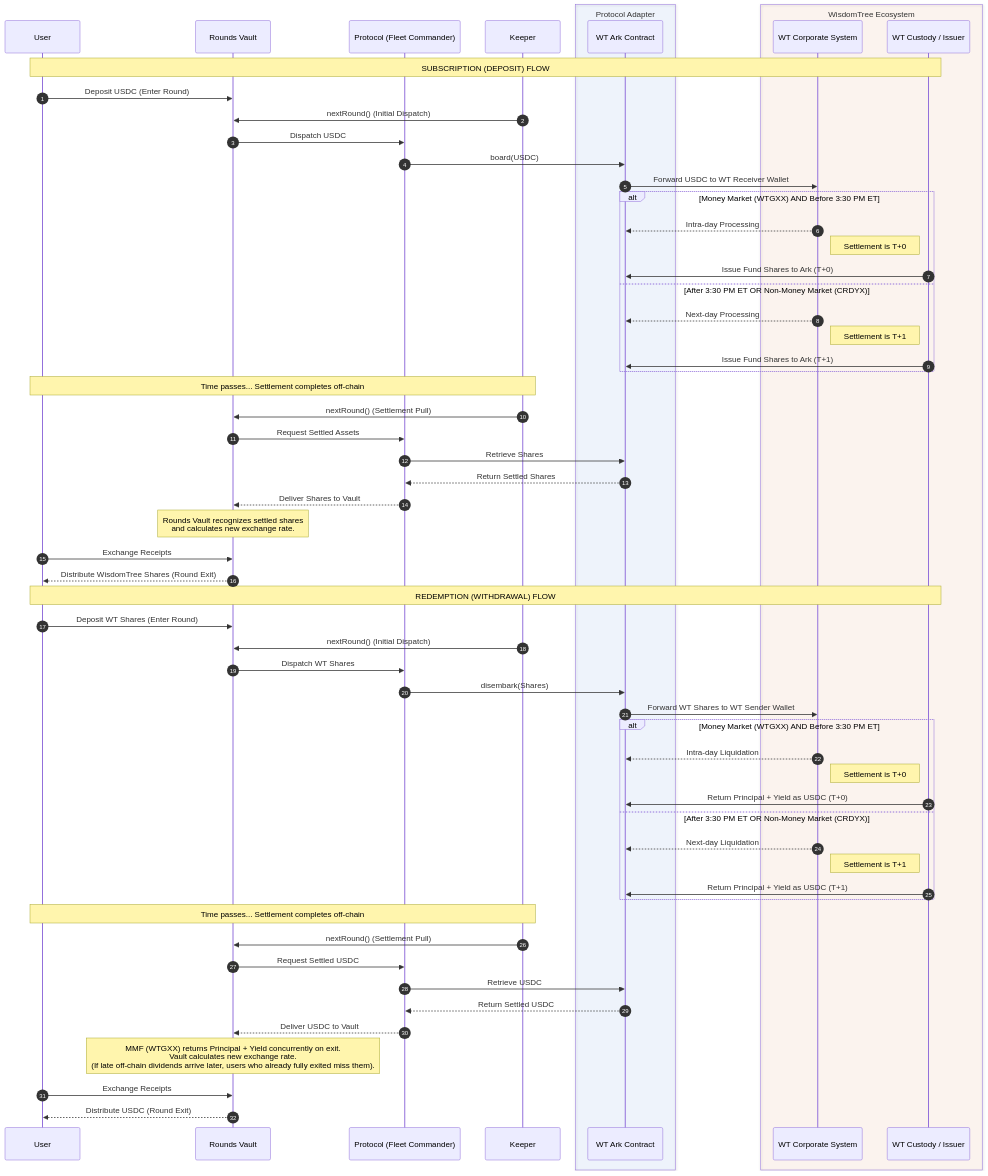
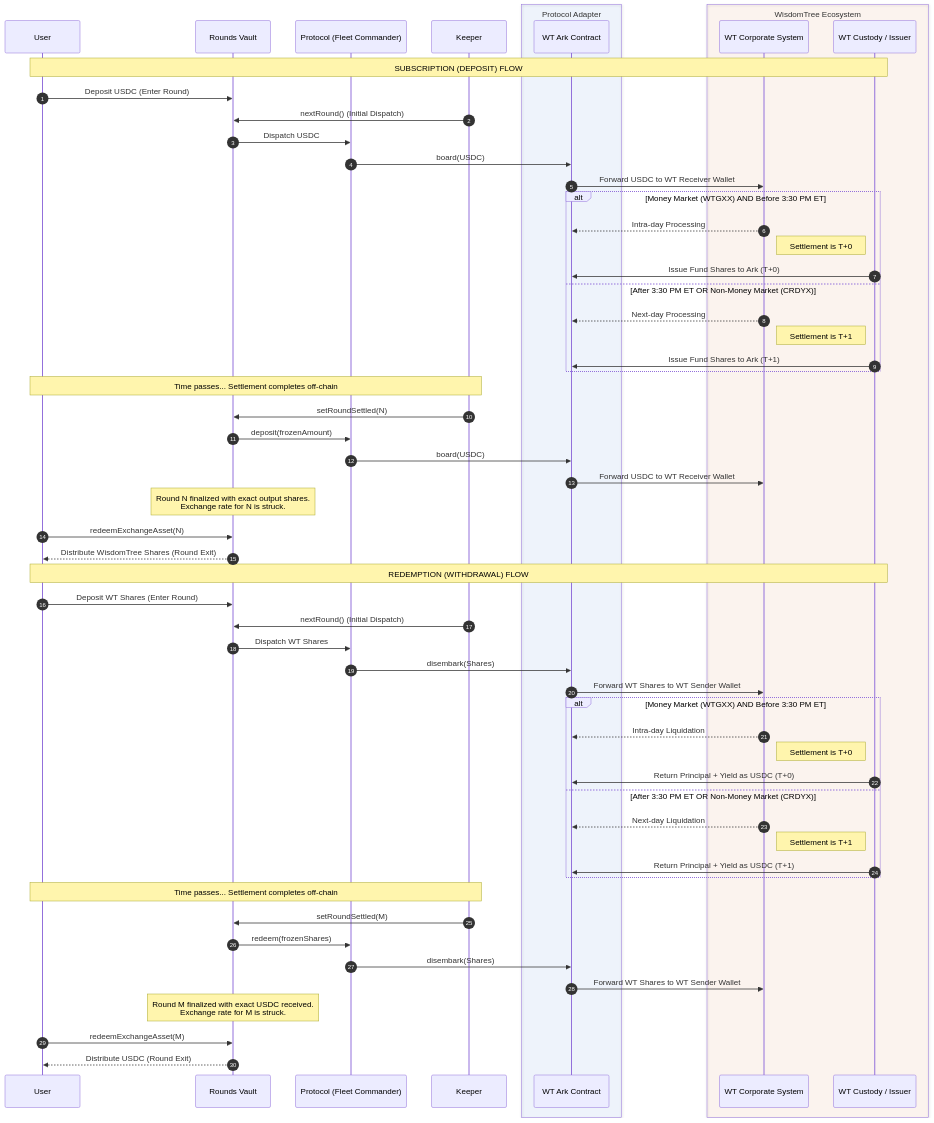
Before and after one commit to OasisDEX/summer-earn-protocol: the second of 3 diagrams in packages/core-contracts/src/contracts/rounds-vault/docs/ROUNDS.md, drawn with Mermaid. The commit also changed other lines of this file and 5 other files, not shown here.

Commit message:
docs: update rounds vault documentation and add technical references for fleet and wisdom tree ark components

````diff
--- a/packages/core-contracts/src/contracts/rounds-vault/docs/ROUNDS.md
+++ b/packages/core-contracts/src/contracts/rounds-vault/docs/ROUNDS.md
@@ -84,14 +84,13 @@
 
     Note over User, K: Time passes... Settlement completes off-chain
 
-    K->>Rounds: nextRound() (Settlement Pull)
-    Rounds->>Fleet: Request Settled Assets
-    Fleet->>Ark: Retrieve Shares
-    Ark-->>Fleet: Return Settled Shares
-    Fleet-->>Rounds: Deliver Shares to Vault
-    Note over Rounds: Rounds Vault recognizes settled shares<br/>and calculates new exchange rate.
+    K->>Rounds: setRoundSettled(N)
+    Rounds->>Fleet: deposit(frozenAmount)
+    Fleet->>Ark: board(USDC)
+    Ark->>WTSys: Forward USDC to WT Receiver Wallet
+    Note over Rounds: Round N finalized with exact output shares.<br/>Exchange rate for N is struck.
 
-    User->>Rounds: Exchange Receipts
+    User->>Rounds: redeemExchangeAsset(N)
     Rounds-->>User: Distribute WisdomTree Shares (Round Exit)
 
     %% ========================================
@@ -118,13 +117,12 @@
 
     Note over User, K: Time passes... Settlement completes off-chain
 
-    K->>Rounds: nextRound() (Settlement Pull)
-    Rounds->>Fleet: Request Settled USDC
-    Fleet->>Ark: Retrieve USDC
-    Ark-->>Fleet: Return Settled USDC
-    Fleet-->>Rounds: Deliver USDC to Vault
-    Note over Rounds: MMF (WTGXX) returns Principal + Yield concurrently on exit.<br/>Vault calculates new exchange rate.<br/>(If late off-chain dividends arrive later, users who already fully exited miss them).
+    K->>Rounds: setRoundSettled(M)
+    Rounds->>Fleet: redeem(frozenShares)
+    Fleet->>Ark: disembark(Shares)
+    Ark->>WTSys: Forward WT Shares to WT Sender Wallet
+    Note over Rounds: Round M finalized with exact USDC received.<br/>Exchange rate for M is struck.
 
-    User->>Rounds: Exchange Receipts
+    User->>Rounds: redeemExchangeAsset(M)
     Rounds-->>User: Distribute USDC (Round Exit)
 ```
````
